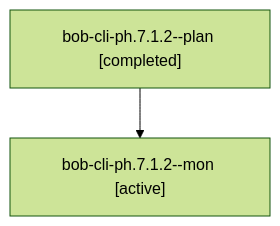
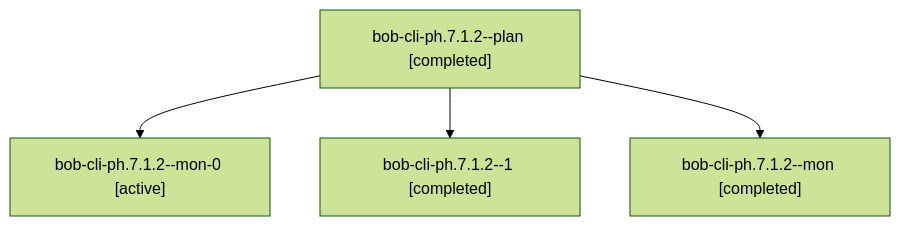
One commit to bobs-org/bob-cli--agents changed the diagram in sessions/bbugyi200.apollo.bob-cli-ph.7.1.2.md. Above: the diagram before and after it, drawn with Mermaid (forest theme). The commit also changed other lines of this file and 1624 other files, not shown here.

````diff
--- a/sessions/bbugyi200.apollo.bob-cli-ph.7.1.2.md
+++ b/sessions/bbugyi200.apollo.bob-cli-ph.7.1.2.md
@@ -9,6 +9,10 @@
 ```mermaid
 flowchart TD
   n0["bob-cli-ph.7.1.2--plan [completed]"]
-  n1["bob-cli-ph.7.1.2--mon [active]"]
+  n1["bob-cli-ph.7.1.2--mon-0 [active]"]
   n0 --> n1
+  n2["bob-cli-ph.7.1.2--1 [completed]"]
+  n0 --> n2
+  n3["bob-cli-ph.7.1.2--mon [completed]"]
+  n0 --> n3
 ```
````
